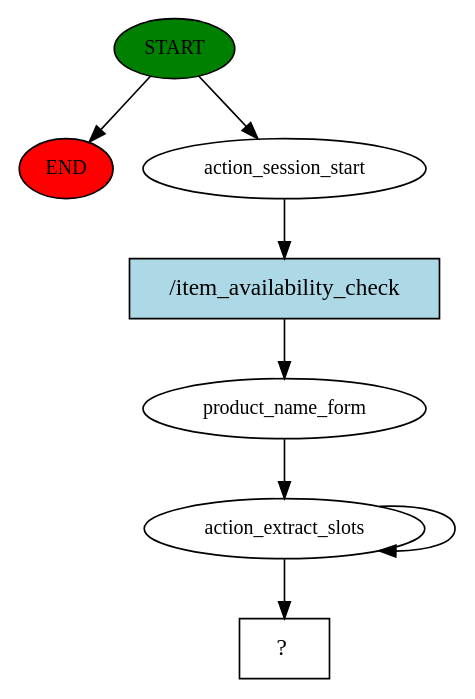
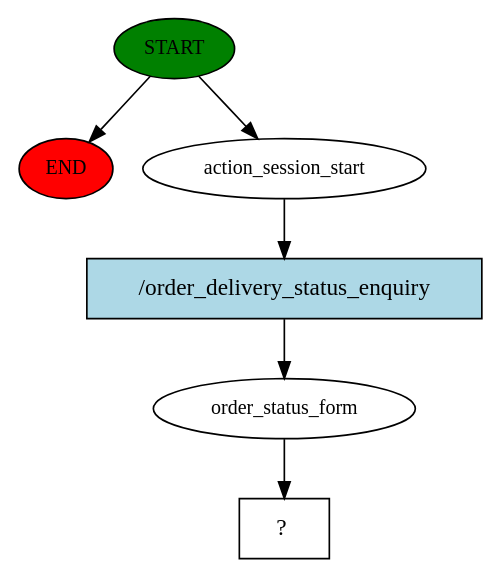
Before and after one commit to rakesh-panigrahy-ascent/deepbrain: the diagram in brain/story_graph.dot, drawn with Graphviz. The commit also changed 255 other files, not shown here.

Commit message:
order status added

```diff
--- a/brain/story_graph.dot
+++ b/brain/story_graph.dot
@@ -1,16 +1,13 @@
 digraph  {
 0 [class="start active", fillcolor=green, fontsize=12, label=START, style=filled];
 "-1" [class=end, fillcolor=red, fontsize=12, label=END, style=filled];
 1 [class=active, fontsize=12, label=action_session_start];
-2 [class=active, fontsize=12, label=product_name_form];
-3 [class=active, fontsize=12, label=action_extract_slots];
-5 [class="intent dashed active", label="  ?  ", shape=rect];
-6 [class="intent active", fillcolor=lightblue, label="/item_availability_check", shape=rect, style=filled];
+2 [class=active, fontsize=12, label=order_status_form];
+3 [class="intent dashed active", label="  ?  ", shape=rect];
+4 [class="intent active", fillcolor=lightblue, label="/order_delivery_status_enquiry", shape=rect, style=filled];
 0 -> "-1"  [class="", key=NONE, label=""];
 0 -> 1  [class=active, key=NONE, label=""];
-1 -> 6  [class=active, key=0];
+1 -> 4  [class=active, key=0];
 2 -> 3  [class=active, key=NONE, label=""];
-3 -> 5  [class=active, key=NONE, label=""];
-3 -> 3  [class=active, key=NONE, label=""];
-6 -> 2  [class=active, key=0];
+4 -> 2  [class=active, key=0];
 }
```
